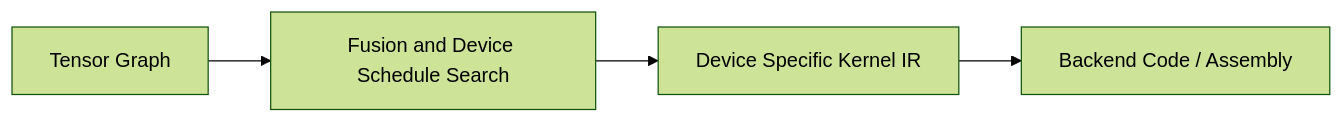
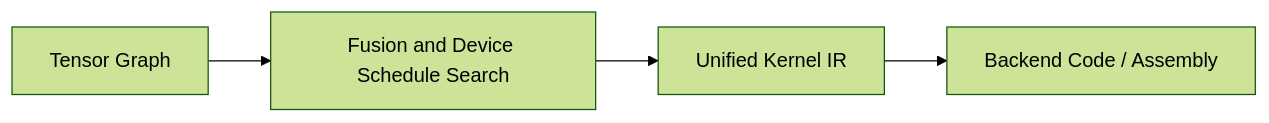
The diagram in README.md (zk4x/zyx), drawn with Mermaid (forest theme) before and after one commit. The commit also changed other lines of this file, not shown here.

Commit message:
Fix architecture diagram: unified IR, not device-specific

````diff
--- a/README.md
+++ b/README.md
@@ -260,6 +260,6 @@
 ```mermaid
 flowchart LR
     A["Tensor Graph"] --> B["Fusion and Device Schedule Search"]
-    B --> C["Device Specific Kernel IR"]
+    B --> C["Unified Kernel IR"]
     C --> D["Backend Code / Assembly"]
 ```
````
